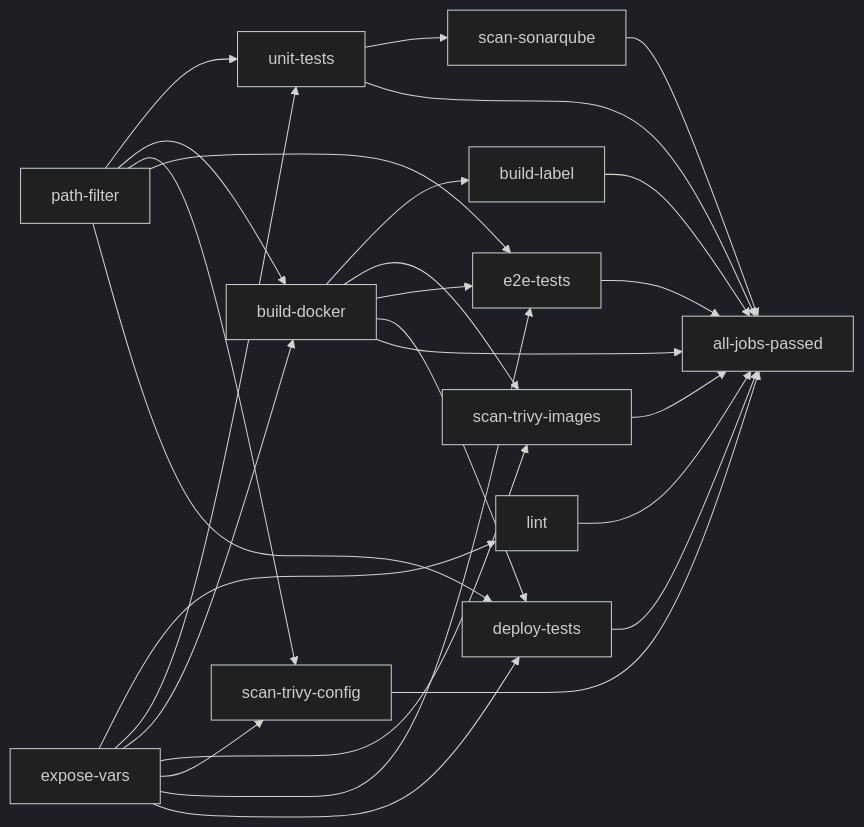
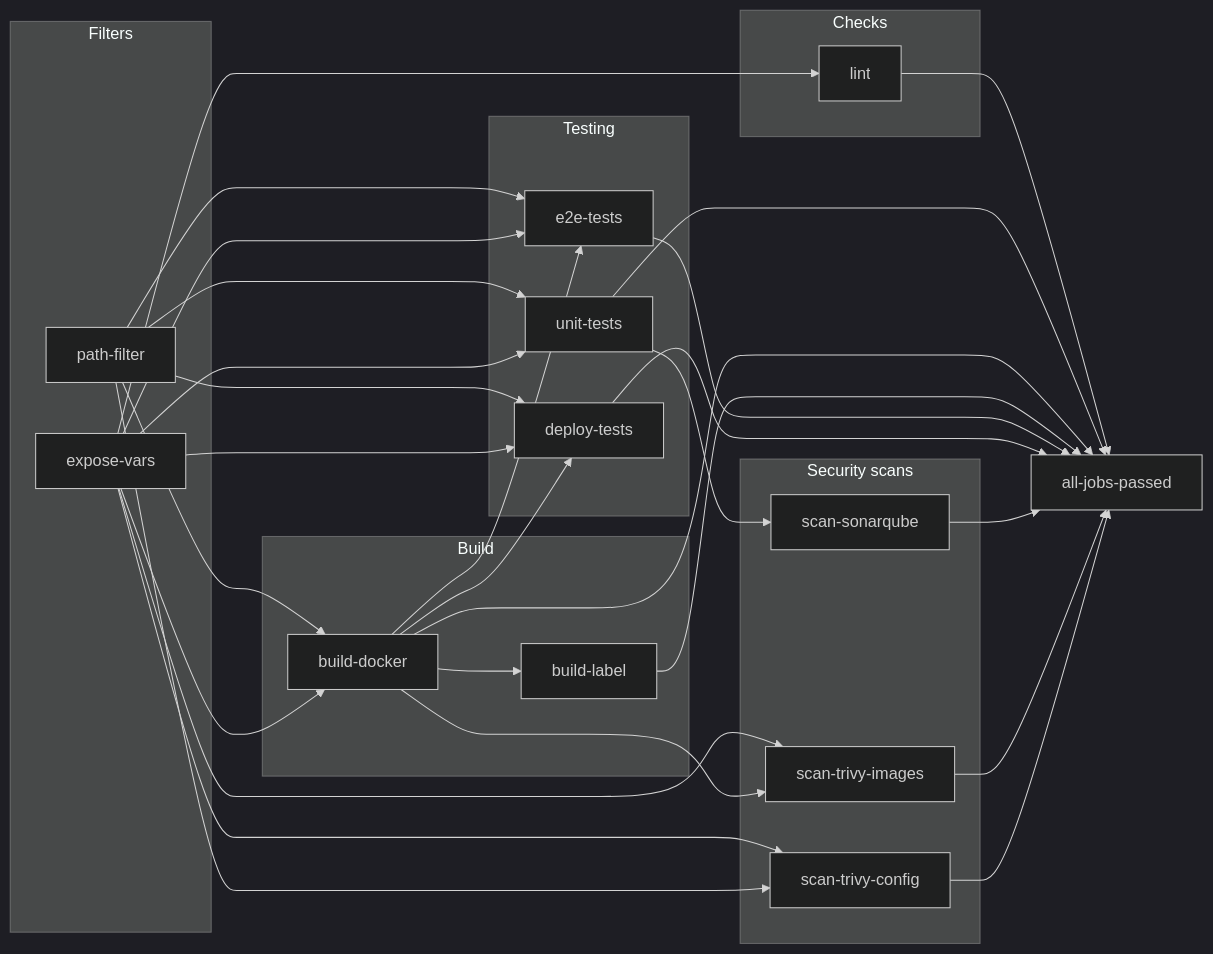
Before and after one commit to this-is-tobi/template-monorepo-ts: the third of 4 diagrams in docs/05-infrastructure.md, drawn with Mermaid (dark theme).

Commit message:
docs: improve ci mermaid diagram

````diff
--- a/docs/05-infrastructure.md
+++ b/docs/05-infrastructure.md
@@ -143,20 +143,42 @@
 ```mermaid
 flowchart LR
-  path-filter["path-filter"]
-  expose-vars["expose-vars"]
+  subgraph filters["Filters"]
+    path-filter["path-filter"]
+    expose-vars["expose-vars"]
+  end
+
+  subgraph checks["Checks"]
+    lint
+  end
+
+  subgraph build["Build"]
+    build-docker
+    build-label
+  end
+
+  subgraph testing["Testing"]
+    unit-tests
+    e2e-tests
+    deploy-tests
+  end
+
+  subgraph scans["Security scans"]
+    scan-sonarqube
+    scan-trivy-images
+    scan-trivy-config
+  end
 
   expose-vars --> lint
   path-filter & expose-vars --> unit-tests
   path-filter & expose-vars --> build-docker
+  build-docker --> build-label
 
   unit-tests --> scan-sonarqube
-
-  build-docker --> build-label
   expose-vars & build-docker --> scan-trivy-images
   expose-vars & path-filter --> scan-trivy-config
 
   path-filter & expose-vars & build-docker --> e2e-tests
   path-filter & expose-vars & build-docker --> deploy-tests
 
   lint & unit-tests & build-docker & build-label & e2e-tests & deploy-tests & scan-sonarqube & scan-trivy-images & scan-trivy-config --> all-jobs-passed["all-jobs-passed"]
 ```
````
